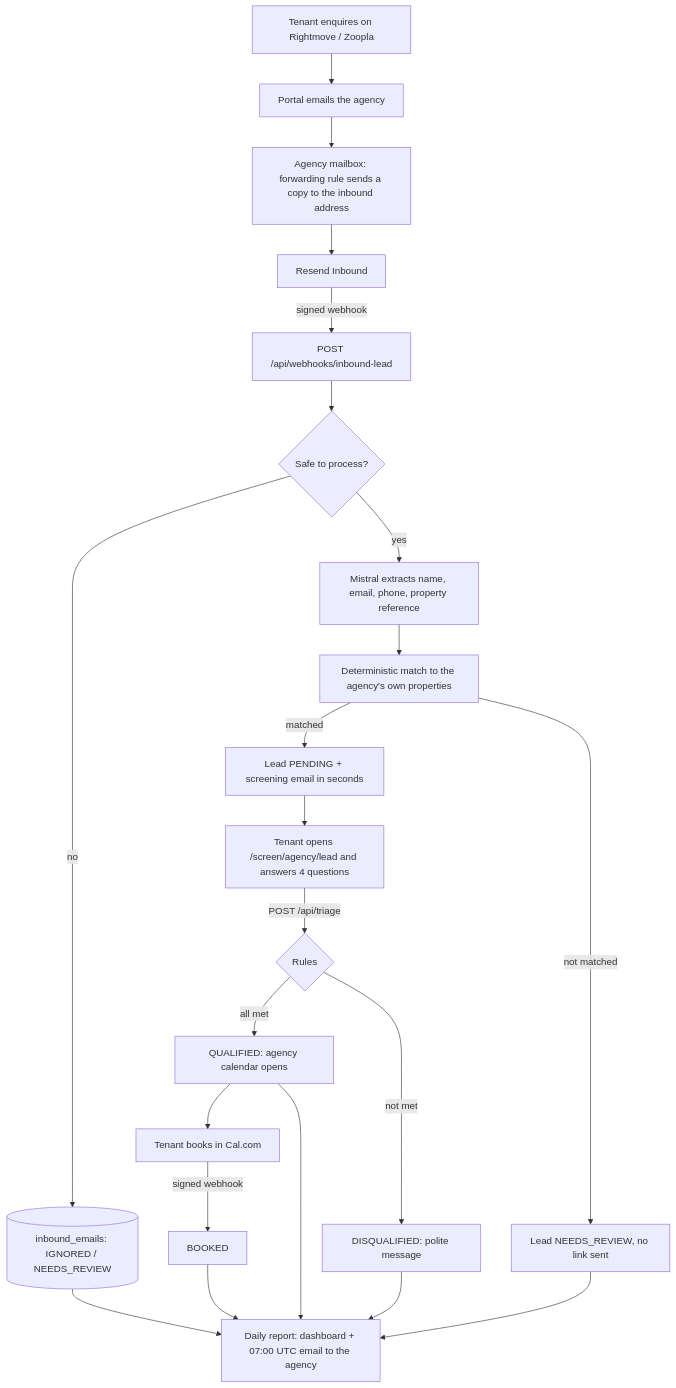
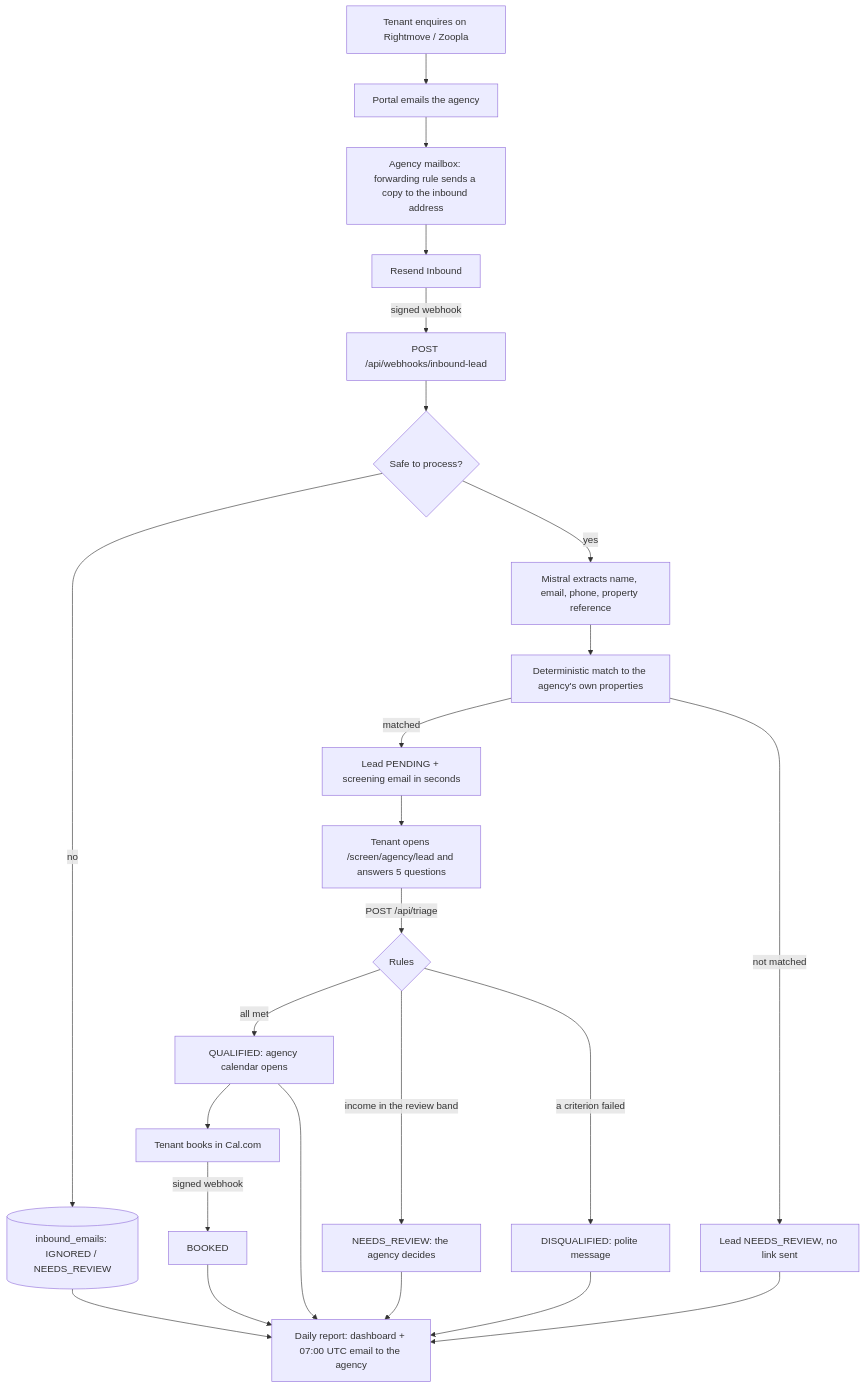
The first of 2 diagrams in README.md (Dev-Moaz/flint), drawn with Mermaid before and after one commit. The commit also changed other lines of this file and 14 other files, not shown here.

````diff
--- a/README.md
+++ b/README.md
@@ -51,24 +51,26 @@
 ```mermaid
 flowchart TD
     A[Tenant enquires on Rightmove / Zoopla] --> B[Portal emails the agency]
     B --> C[Agency mailbox: forwarding rule sends a copy to the inbound address]
     C --> D[Resend Inbound]
     D -->|signed webhook| E[POST /api/webhooks/inbound-lead]
     E --> F{Safe to process?}
     F -->|no| G[(inbound_emails: IGNORED / NEEDS_REVIEW)]
     F -->|yes| H[Mistral extracts name, email, phone, property reference]
     H --> I[Deterministic match to the agency's own properties]
     I -->|matched| J[Lead PENDING + screening email in seconds]
     I -->|not matched| K[Lead NEEDS_REVIEW, no link sent]
-    J --> L[Tenant opens /screen/agency/lead and answers 4 questions]
+    J --> L[Tenant opens /screen/agency/lead and answers 5 questions]
     L -->|POST /api/triage| M{Rules}
     M -->|all met| N[QUALIFIED: agency calendar opens]
-    M -->|not met| O[DISQUALIFIED: polite message]
+    M -->|income in the review band| S[NEEDS_REVIEW: the agency decides]
+    M -->|a criterion failed| O[DISQUALIFIED: polite message]
     N --> P[Tenant books in Cal.com]
     P -->|signed webhook| Q[BOOKED]
     G --> R
     K --> R
     N --> R
     O --> R
+    S --> R
     Q --> R[Daily report: dashboard + 07:00 UTC email to the agency]
 ```
````
